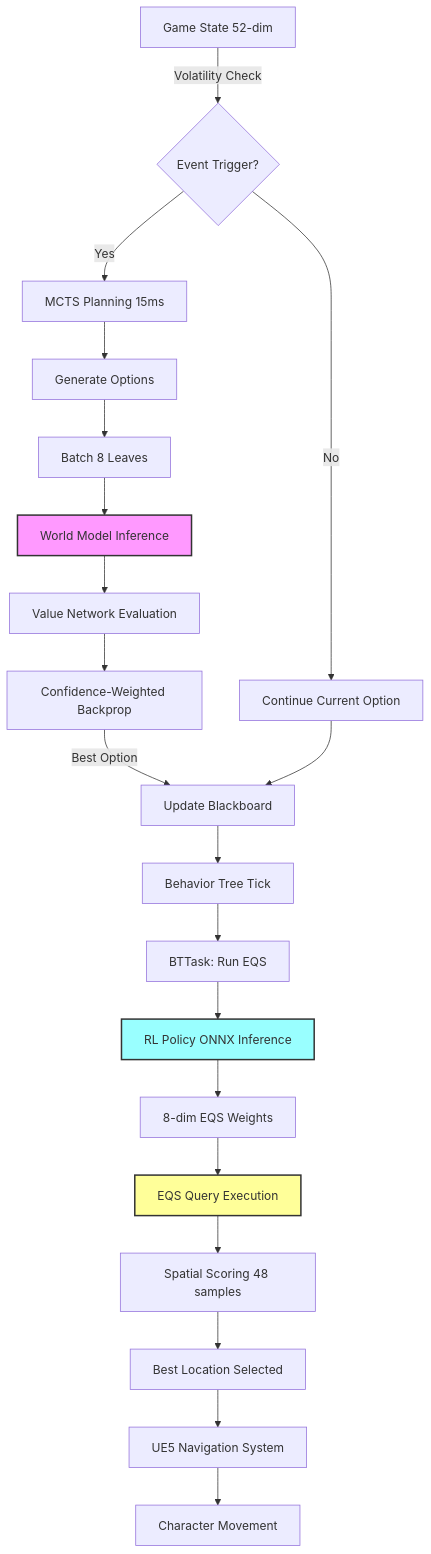
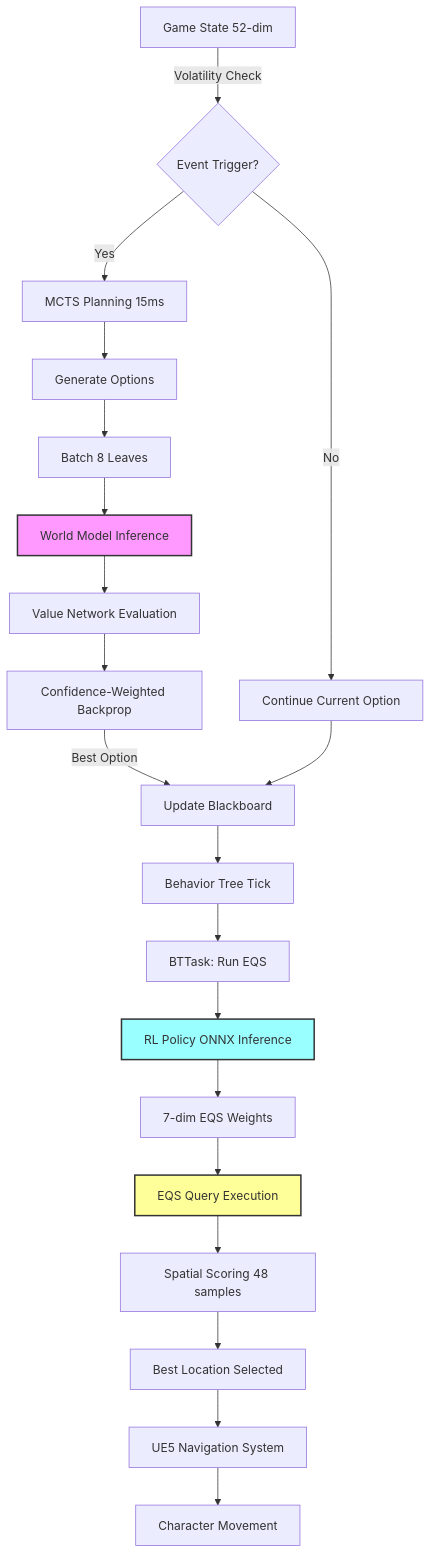
Before and after one commit to Hongyoosung/CORTEX: the diagram in Source/GameAI_Project/Docs/v10.0Architecture.md, drawn with Mermaid. The commit also changed other lines of this file and 343 other files, not shown here.

````diff
--- a/Source/GameAI_Project/Docs/v10.0Architecture.md
+++ b/Source/GameAI_Project/Docs/v10.0Architecture.md
@@ -89,30 +89,30 @@
 ```mermaid
 graph TD
     A[Game State 52-dim] -->|Volatility Check| B{Event Trigger?}
     B -->|Yes| C[MCTS Planning 15ms]
     B -->|No| D[Continue Current Option]
     
     C --> E[Generate Options]
     E --> F[Batch 8 Leaves]
     F --> G[World Model Inference]
     G --> H[Value Network Evaluation]
     H --> I[Confidence-Weighted Backprop]
     I -->|Best Option| J[Update Blackboard]
     
     D --> J
     J --> K[Behavior Tree Tick]
     K --> L[BTTask: Run EQS]
     
     L --> M[RL Policy ONNX Inference]
-    M --> N[8-dim EQS Weights]
+    M --> N[7-dim EQS Weights]
     N --> O[EQS Query Execution]
     O --> P[Spatial Scoring 48 samples]
     P --> Q[Best Location Selected]
     Q --> R[UE5 Navigation System]
     R --> S[Character Movement]
     
     style G fill:#f9f,stroke:#333,stroke-width:2px
     style M fill:#9ff,stroke:#333,stroke-width:2px
     style O fill:#ff9,stroke:#333,stroke-width:2px
 
 ```
````
